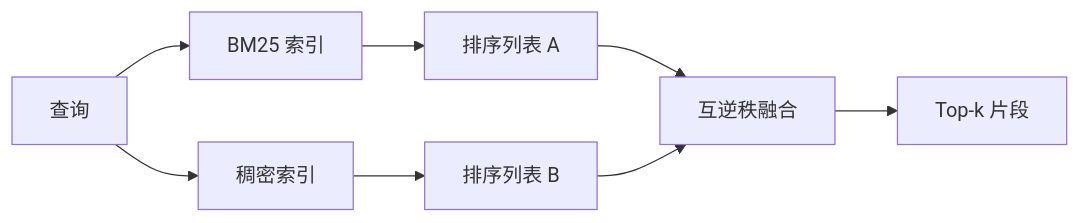
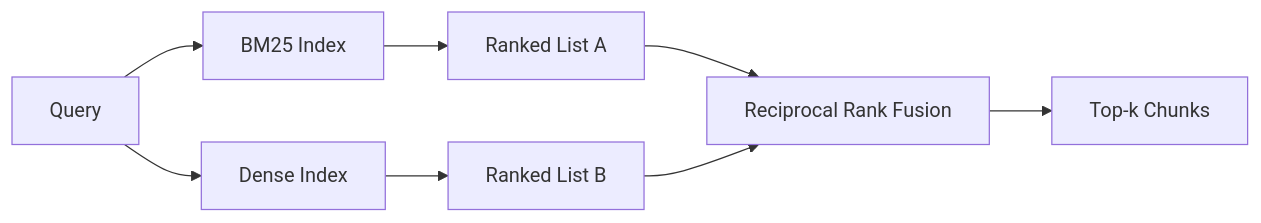
One commit to xiaojiaenen/ai-engineering-from-scratch-zh changed the diagram in i18n/zh/phases/19-capstone-projects/65-hybrid-retrieval-bm25-dense/docs/zh.md. Above: the diagram before and after it, drawn with Mermaid. The commit also changed other lines of this file and 85 other files, not shown here.

````diff
--- a/i18n/zh/phases/19-capstone-projects/65-hybrid-retrieval-bm25-dense/docs/zh.md
+++ b/i18n/zh/phases/19-capstone-projects/65-hybrid-retrieval-bm25-dense/docs/zh.md
@@ -26,10 +26,10 @@
 ```mermaid
 flowchart LR
-  Query[查询] --> BM25[BM25 索引]
-  Query --> Dense[稠密索引]
-  BM25 --> RanksA[排序列表 A]
-  Dense --> RanksB[排序列表 B]
-  RanksA --> RRF[互逆秩融合]
+  Query[Query] --> BM25[BM25 Index]
+  Query --> Dense[Dense Index]
+  BM25 --> RanksA[Ranked List A]
+  Dense --> RanksB[Ranked List B]
+  RanksA --> RRF[Reciprocal Rank Fusion]
   RanksB --> RRF
-  RRF --> Top[Top-k 片段]
+  RRF --> Top[Top-k Chunks]
 ```
````
